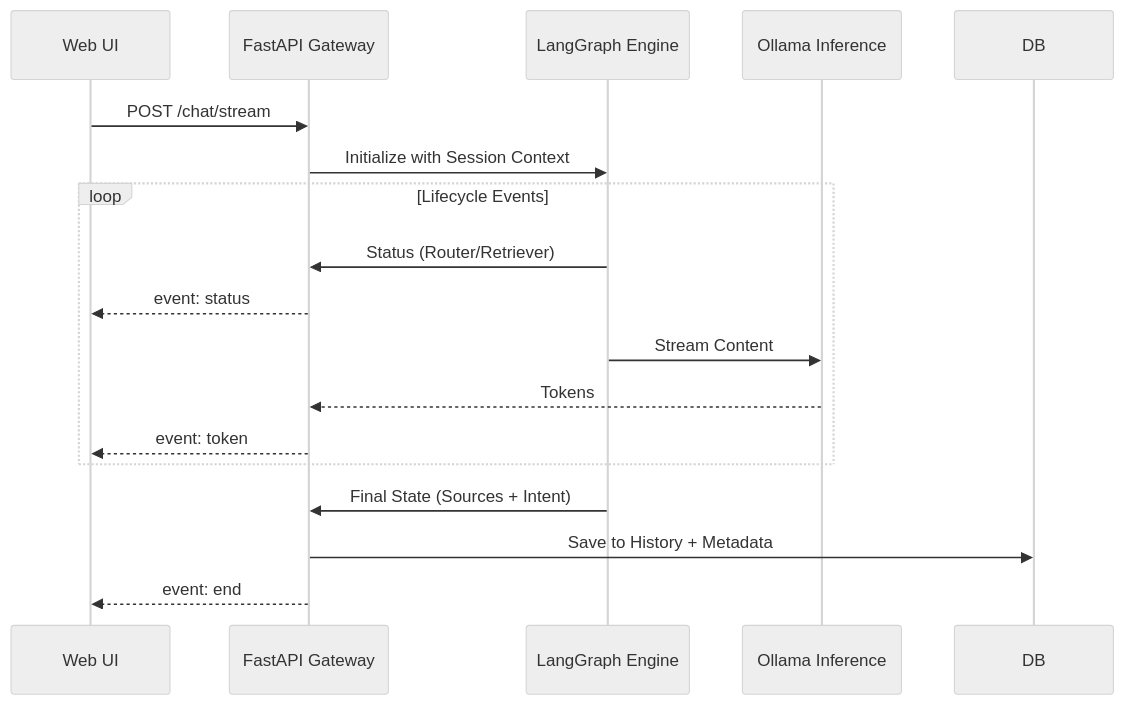
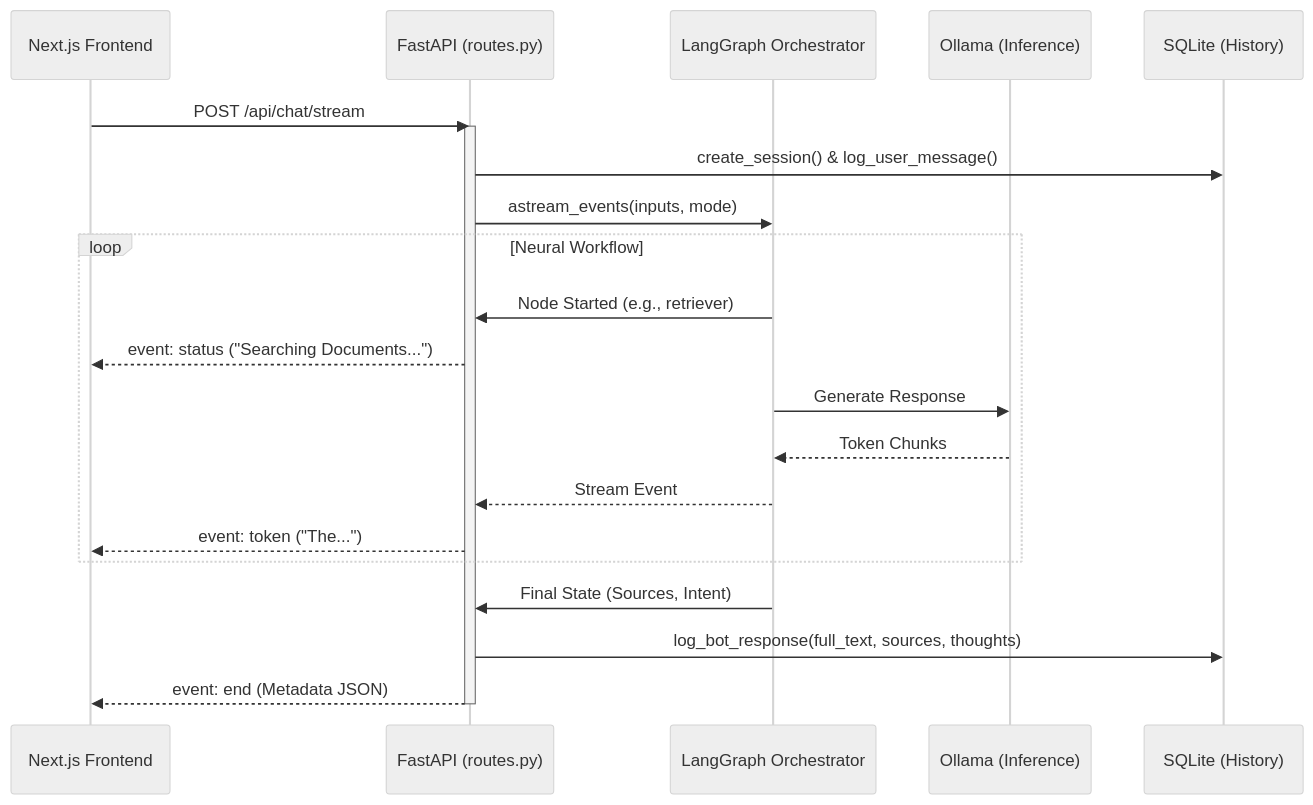
The second of 2 diagrams in API_Server_Guide.md (NayanEupho/RAG_Chat_IPRv1.5), drawn with Mermaid (neutral theme) before and after one commit. The commit also changed other lines of this file and 5 other files, not shown here.

````diff
--- a/API_Server_Guide.md
+++ b/API_Server_Guide.md
@@ -67,23 +55,28 @@
 ```mermaid
 sequenceDiagram
-    participant Client as Web UI
-    participant API as FastAPI Gateway
-    participant Graph as LangGraph Engine
-    participant LLM as Ollama Inference
-
-    Client->>API: POST /chat/stream
-    API->>Graph: Initialize with Session Context
+    participant UI as Next.js Frontend
+    participant API as FastAPI (routes.py)
+    participant LG as LangGraph Orchestrator
+    participant OLL as Ollama (Inference)
+    participant SEC as SQLite (History)
     
-    loop Lifecycle Events
-        Graph->>API: Status (Router/Retriever)
-        API-->>Client: event: status
+    UI->>API: POST /api/chat/stream
+    activate API
+    API->>SEC: create_session() & log_user_message()
+    API->>LG: astream_events(inputs, mode)
+    
+    loop Neural Workflow
+        LG->>API: Node Started (e.g., retriever)
+        API-->>UI: event: status ("Searching Documents...")
         
-        Graph->>LLM: Stream Content
-        LLM-->>API: Tokens
-        API-->>Client: event: token
+        LG->>OLL: Generate Response
+        OLL-->>LG: Token Chunks
+        LG-->>API: Stream Event
+        API-->>UI: event: token ("The...")
     end
-
-    Graph->>API: Final State (Sources + Intent)
-    API->>DB: Save to History + Metadata
-    API-->>Client: event: end
+    
+    LG->>API: Final State (Sources, Intent)
+    API->>SEC: log_bot_response(full_text, sources, thoughts)
+    API-->>UI: event: end (Metadata JSON)
+    deactivate API
 ```
````
